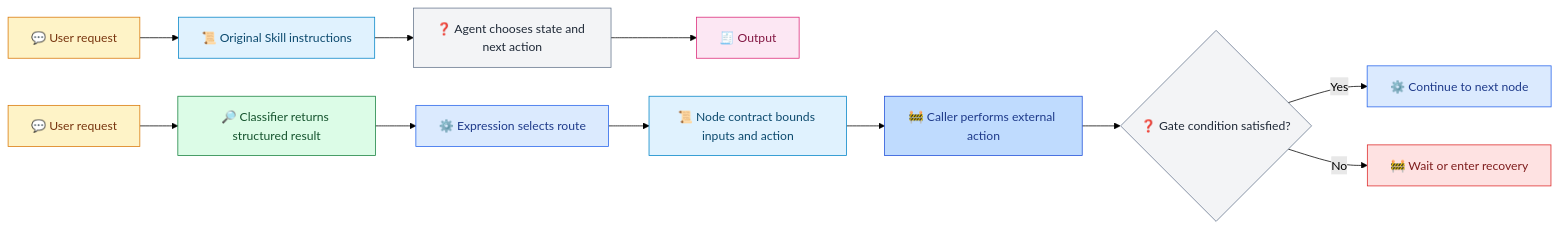
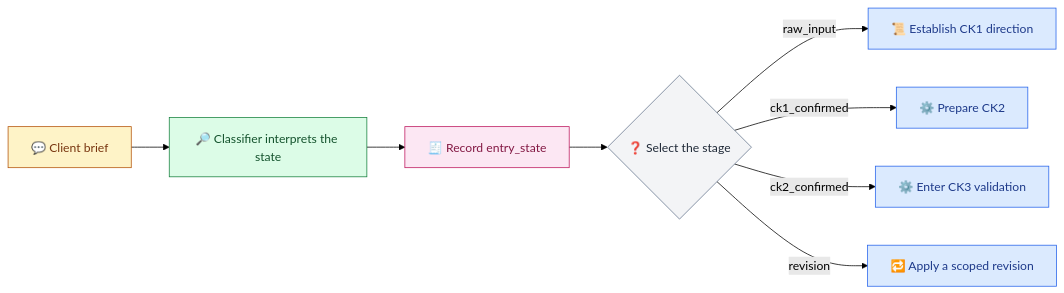
One commit to waynebaby/Techne-Loom changed the first of 3 diagrams in docs/en/articles/skill-unchanged-rules-gated.md. Above: the diagram before and after it, drawn with Mermaid (forest theme). The commit also changed other lines of this file and 6 other files, not shown here.

````diff
--- a/docs/en/articles/skill-unchanged-rules-gated.md
+++ b/docs/en/articles/skill-unchanged-rules-gated.md
@@ -119,30 +49,20 @@
 ```mermaid
 flowchart LR
-    U["💬 User request"] --> A["📜 Original Skill instructions"]
-    A --> B["❓ Agent chooses state and next action"]
-    B --> O["🧾 Output"]
-    U2["💬 User request"] --> C["🔎 Classifier returns structured result"]
-    C --> R["⚙️ Expression selects route"]
-    R --> N["📜 Node contract bounds inputs and action"]
-    N --> X["🚧 Caller performs external action"]
-    X --> G{"❓ Gate condition satisfied?"}
-    G -->|Yes| NEXT["⚙️ Continue to next node"]
-    G -->|No| STOP["🚧 Wait or enter recovery"]
-
-    classDef userInput fill:#FEF3C7,stroke:#D97706,color:#78350F
-    classDef contract fill:#E0F2FE,stroke:#0284C7,color:#0C4A6E
+    A["💬 Client brief"] --> B["🔎 Classifier interprets the state"]
+    B --> C["🧾 Record entry_state"]
+    C --> D{"❓ Select the stage"}
+    D -->|raw_input| E["📜 Establish CK1 direction"]
+    D -->|ck1_confirmed| F["⚙️ Prepare CK2"]
+    D -->|ck2_confirmed| G["⚙️ Enter CK3 validation"]
+    D -->|revision| H["🔁 Apply a scoped revision"]
+    classDef user fill:#FEF3C7,stroke:#B45309,color:#78350F
     classDef model fill:#DCFCE7,stroke:#15803D,color:#14532D
+    classDef evidence fill:#FCE7F3,stroke:#BE185D,color:#831843
     classDef decision fill:#F3F4F6,stroke:#64748B,color:#1F2937
     classDef runtime fill:#DBEAFE,stroke:#2563EB,color:#1E3A8A
-    classDef tool fill:#BFDBFE,stroke:#1D4ED8,color:#1E3A8A
-    classDef blocked fill:#FEE2E2,stroke:#DC2626,color:#7F1D1D
-    classDef output fill:#FCE7F3,stroke:#DB2777,color:#831843
-    class U,U2 userInput
-    class A,N contract
-    class B,G decision
-    class C model
-    class R,NEXT runtime
-    class X tool
-    class STOP blocked
-    class O output
+    class A user
+    class B model
+    class C evidence
+    class D decision
+    class E,F,G,H runtime
 ```
````
